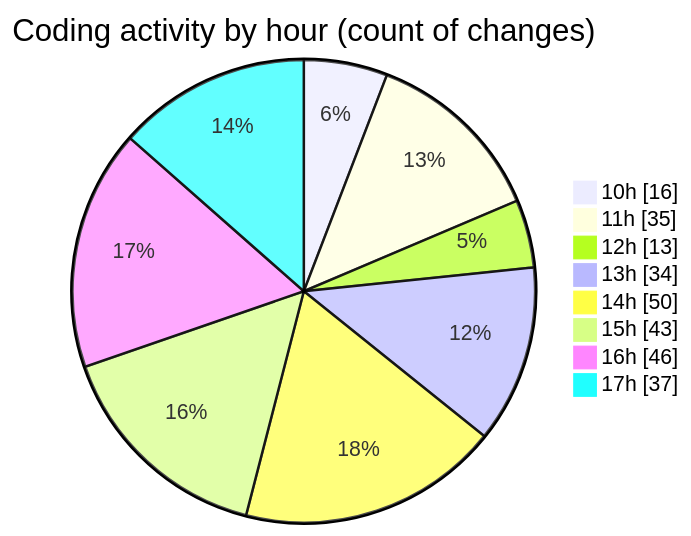
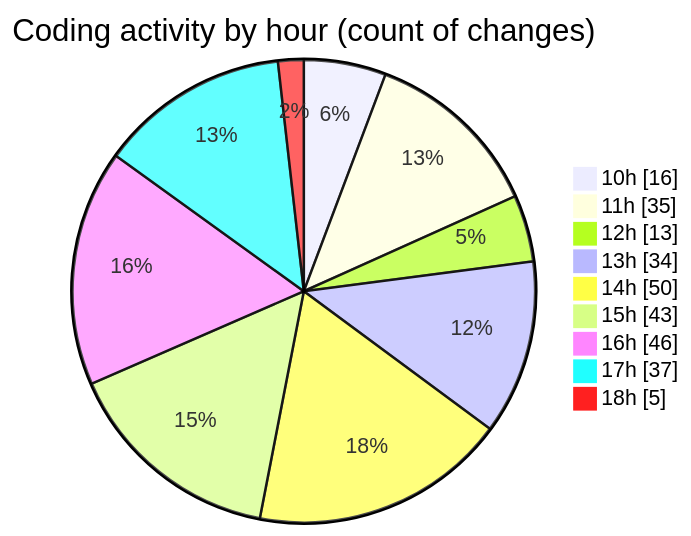
Before and after one commit to charlie-sans/code-tracking: the second of 2 diagrams in 2025-02-20/micros/README.md, drawn with Mermaid. The commit also changed other lines of this file and 1 other file, not shown here.

````diff
--- a/2025-02-20/micros/README.md
+++ b/2025-02-20/micros/README.md
@@ -70,12 +73,13 @@
 ```mermaid
 pie showData
 title Coding activity by hour (count of changes)
 "10h" : 16
 "11h" : 35
 "12h" : 13
 "13h" : 34
 "14h" : 50
 "15h" : 43
 "16h" : 46
 "17h" : 37
+"18h" : 5
 ```
````
